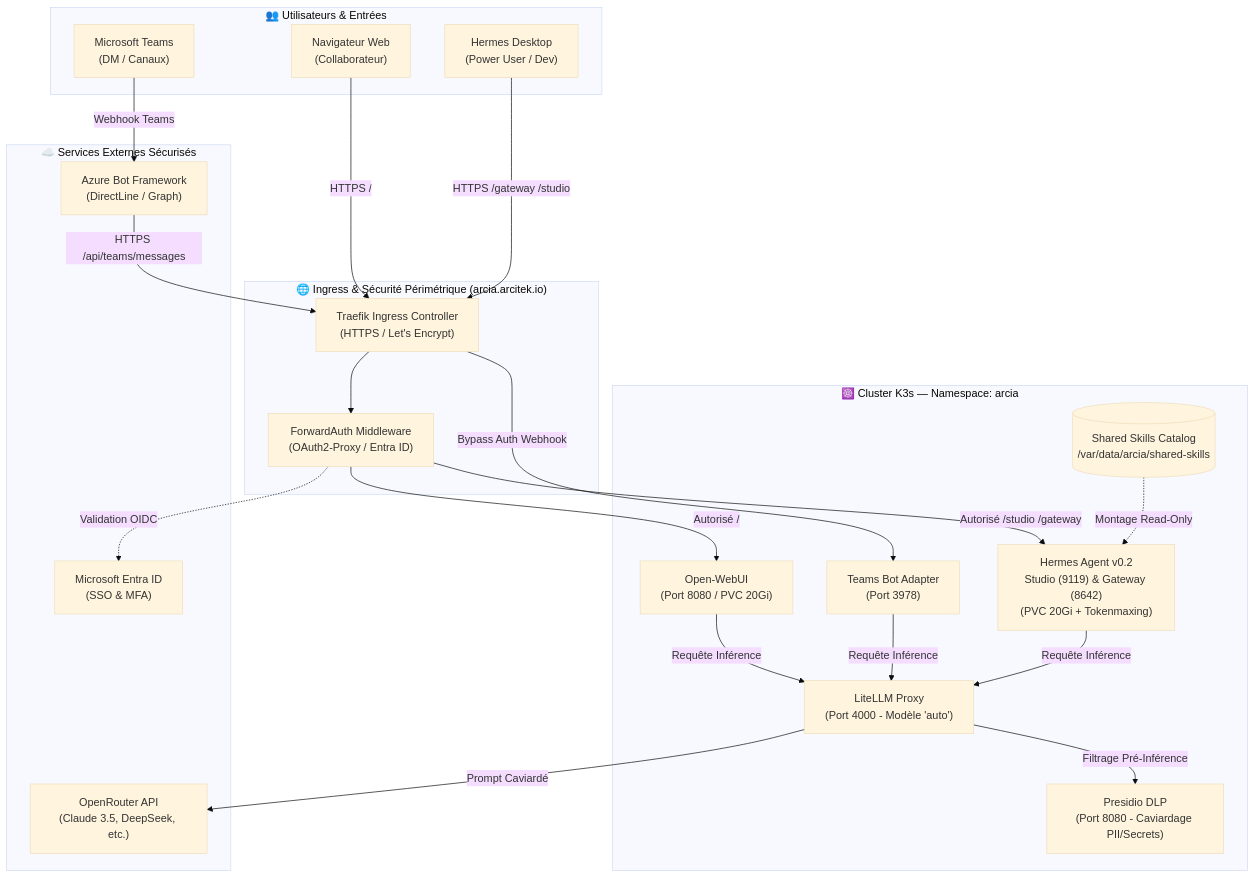
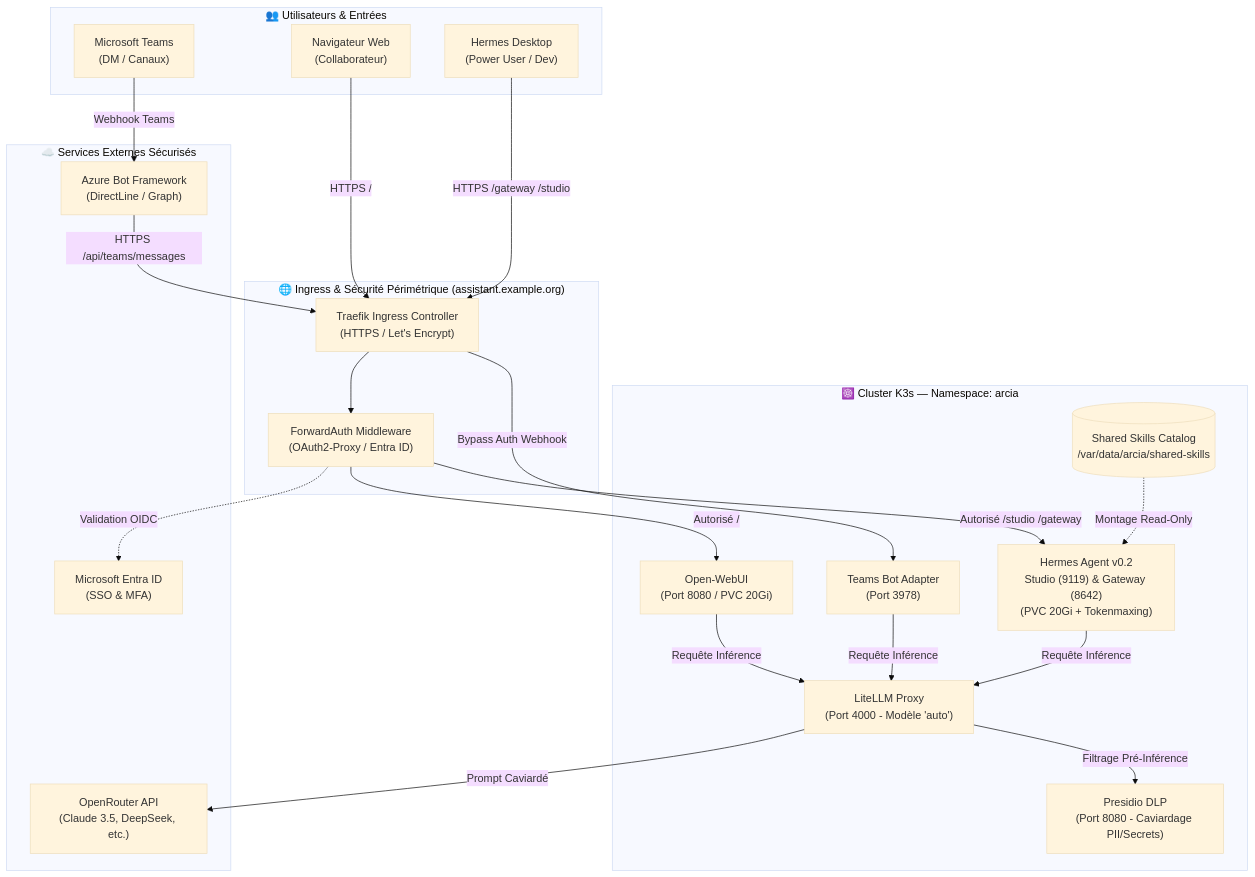
Before and after one commit to nicolastheuil/ArcIA: the diagram in docs/architecture.md, drawn with Mermaid (base theme). The commit also changed 16 other files, not shown here.

````diff
--- a/docs/architecture.md
+++ b/docs/architecture.md
@@ -21,47 +21,47 @@
 ```mermaid
 flowchart TD
     subgraph Utilisateurs ["👥 Utilisateurs & Entrées"]
         Browser["Navigateur Web<br/>(Collaborateur)"]
         TeamsClient["Microsoft Teams<br/>(DM / Canaux)"]
         HermesDesk["Hermes Desktop<br/>(Power User / Dev)"]
     end
 
-    subgraph IngressLayer ["🌐 Ingress & Sécurité Périmétrique (arcia.arcitek.io)"]
+    subgraph IngressLayer ["🌐 Ingress & Sécurité Périmétrique (assistant.example.org)"]
         Traefik["Traefik Ingress Controller<br/>(HTTPS / Let's Encrypt)"]
         ForwardAuth["ForwardAuth Middleware<br/>(OAuth2-Proxy / Entra ID)"]
     end
 
     subgraph ArcIANamespace ["☸️ Cluster K3s — Namespace: arcia"]
         WebUI["Open-WebUI<br/>(Port 8080 / PVC 20Gi)"]
         TeamsBot["Teams Bot Adapter<br/>(Port 3978)"]
         HermesCore["Hermes Agent v0.2<br/>Studio (9119) & Gateway (8642)<br/>(PVC 20Gi + Tokenmaxing)"]
         SkillsVol[("Shared Skills Catalog<br/>/var/data/arcia/shared-skills")]
         Presidio["Presidio DLP<br/>(Port 8080 - Caviardage PII/Secrets)"]
         LiteLLM["LiteLLM Proxy<br/>(Port 4000 - Modèle 'auto')"]
     end
 
     subgraph CloudLayer ["☁️ Services Externes Sécurisés"]
         OpenRouter["OpenRouter API<br/>(Claude 3.5, DeepSeek, etc.)"]
         EntraID["Microsoft Entra ID<br/>(SSO & MFA)"]
         AzureBot["Azure Bot Framework<br/>(DirectLine / Graph)"]
     end
 
     Browser -->|HTTPS /| Traefik
     HermesDesk -->|HTTPS /gateway /studio| Traefik
     TeamsClient -->|Webhook Teams| AzureBot
     AzureBot -->|HTTPS /api/teams/messages| Traefik
 
     Traefik --> ForwardAuth
     ForwardAuth -.->|Validation OIDC| EntraID
     ForwardAuth -->|Autorisé /| WebUI
     ForwardAuth -->|Autorisé /studio /gateway| HermesCore
     Traefik -->|Bypass Auth Webhook| TeamsBot
 
     WebUI -->|Requête Inférence| LiteLLM
     TeamsBot -->|Requête Inférence| LiteLLM
     HermesCore -->|Requête Inférence| LiteLLM
     SkillsVol -.->|Montage Read-Only| HermesCore
 
     LiteLLM -->|Filtrage Pré-Inférence| Presidio
     LiteLLM -->|Prompt Caviardé| OpenRouter
 ```
````
